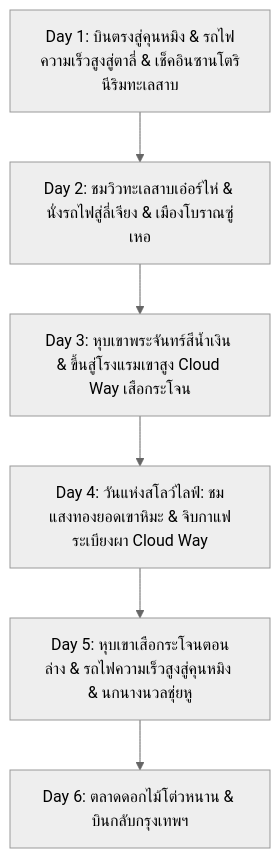
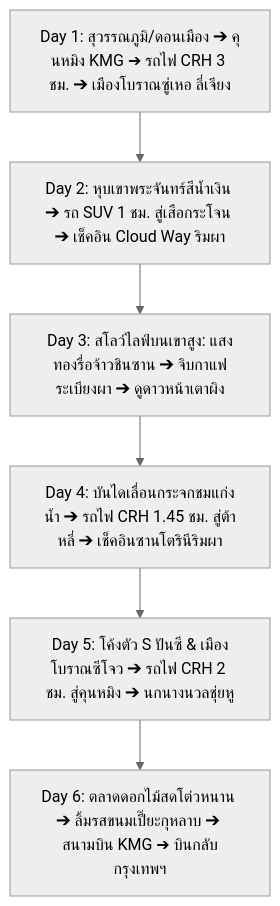
One commit to gigadoy2016/Travel changed the second of 2 diagrams in 2026/Plan_01_Tiger_Leaping_Gorge.md. Above: the diagram before and after it, drawn with Mermaid (neutral theme). The commit also changed other lines of this file and 48 other files, not shown here.

````diff
--- a/2026/Plan_01_Tiger_Leaping_Gorge.md
+++ b/2026/Plan_01_Tiger_Leaping_Gorge.md
@@ -38,8 +100,8 @@
 ```mermaid
 graph TD
-    D1["Day 1: บินตรงสู่คุนหมิง & รถไฟความเร็วสูงสู่ตาลี่ & เช็คอินซานโตรินีริมทะเลสาบ"] --> D2["Day 2: ชมวิวทะเลสาบเอ๋อร์ไห่ & นั่งรถไฟสู่ลี่เจียง & เมืองโบราณซู่เหอ"]
-    D2 --> D3["Day 3: หุบเขาพระจันทร์สีน้ำเงิน & ขึ้นสู่โรงแรมเขาสูง Cloud Way เสือกระโจน"]
-    D3 --> D4["Day 4: วันแห่งสโลว์ไลฟ์: ชมแสงทองยอดเขาหิมะ & จิบกาแฟระเบียงผา Cloud Way"]
-    D4 --> D5["Day 5: หุบเขาเสือกระโจนตอนล่าง & รถไฟความเร็วสูงสู่คุนหมิง & นกนางนวลชุ่ยหู"]
-    D5 --> D6["Day 6: ตลาดดอกไม้โต่วหนาน & บินกลับกรุงเทพฯ"]
+    D1["Day 1: สุวรรณภูมิ/ดอนเมือง ➔ คุนหมิง KMG ➔ รถไฟ CRH 3 ชม. ➔ เมืองโบราณซู่เหอ ลี่เจียง"] --> D2["Day 2: หุบเขาพระจันทร์สีน้ำเงิน ➔ รถ SUV 1 ชม. สู่เสือกระโจน ➔ เช็คอิน Cloud Way ริมผา"]
+    D2 --> D3["Day 3: สโลว์ไลฟ์บนเขาสูง: แสงทองรื่อจ้าวชินซาน ➔ จิบกาแฟระเบียงผา ➔ ดูดาวหน้าเตาผิง"]
+    D3 --> D4["Day 4: บันไดเลื่อนกระจกชมแก่งน้ำ ➔ รถไฟ CRH 1.45 ชม. สู่ต้าหลี่ ➔ เช็คอินซานโตรินีริมผา"]
+    D4 --> D5["Day 5: โค้งตัว S ปันซี & เมืองโบราณซีโจว ➔ รถไฟ CRH 2 ชม. สู่คุนหมิง ➔ นกนางนวลชุ่ยหู"]
+    D5 --> D6["Day 6: ตลาดดอกไม้สดโต่วหนาน ➔ ลิ้มรสขนมเปี๊ยะกุหลาบ ➔ สนามบิน KMG ➔ บินกลับกรุงเทพฯ"]
 ```
````
